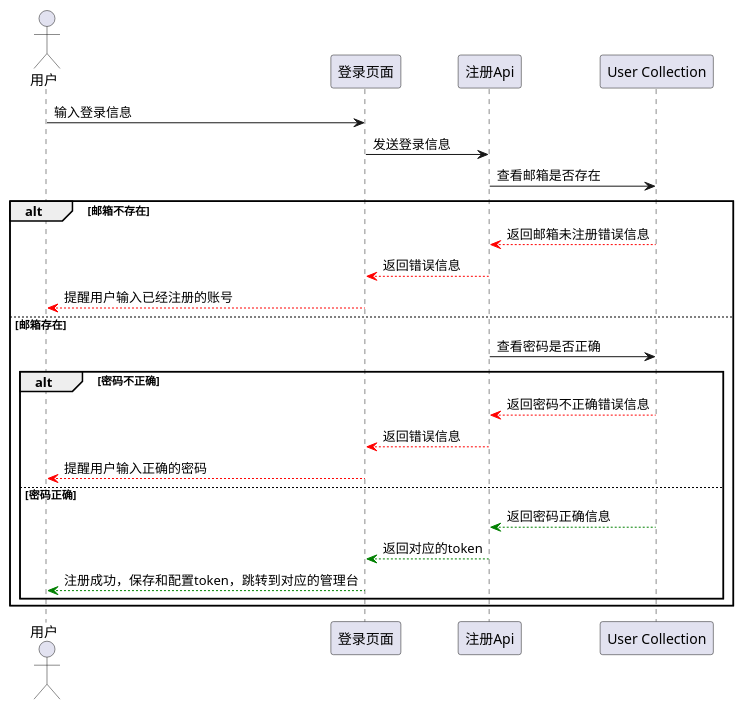
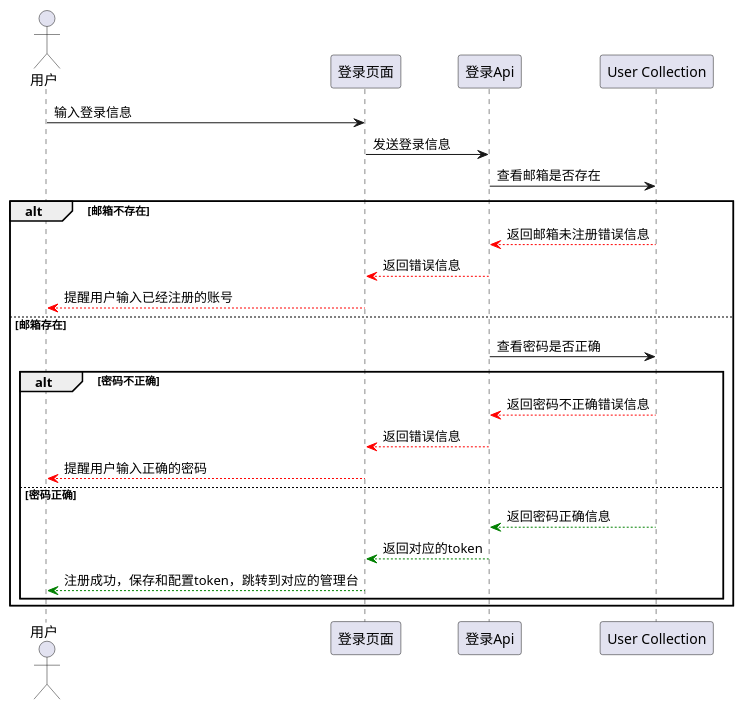
The seventh of 10 diagrams in cetutor.md (ringoyungpo/cetutor-doc), drawn with PlantUML before and after one commit. The commit also changed other lines of this file, not shown here.

````diff
--- a/cetutor.md
+++ b/cetutor.md
@@ -558,26 +560,26 @@
 ```puml
 actor 用户 as A
 participant "登录页面" as B
-participant "注册Api" as C
+participant "登录Api" as C
 participant "User Collection" as D
 
 A -> B: 输入登录信息
 B -> C: 发送登录信息
 C -> D: 查看邮箱是否存在
 alt 邮箱不存在
 C <[#red]-- D : 返回邮箱未注册错误信息
 B <[#red]-- C : 返回错误信息
 A <[#red]-- B: 提醒用户输入已经注册的账号
 else 邮箱存在
 	C -> D: 查看密码是否正确
 	alt 密码不正确
 		C <[#red]-- D : 返回密码不正确错误信息
 		B <[#red]-- C : 返回错误信息
 		A <[#red]-- B: 提醒用户输入正确的密码
 	else 密码正确
 		C <[#green]-- D: 返回密码正确信息
 		B <[#green]-- C: 返回对应的token
 		A <[#green]-- B: 注册成功，保存和配置token，跳转到对应的管理台
 	end
 end
 ```
````
